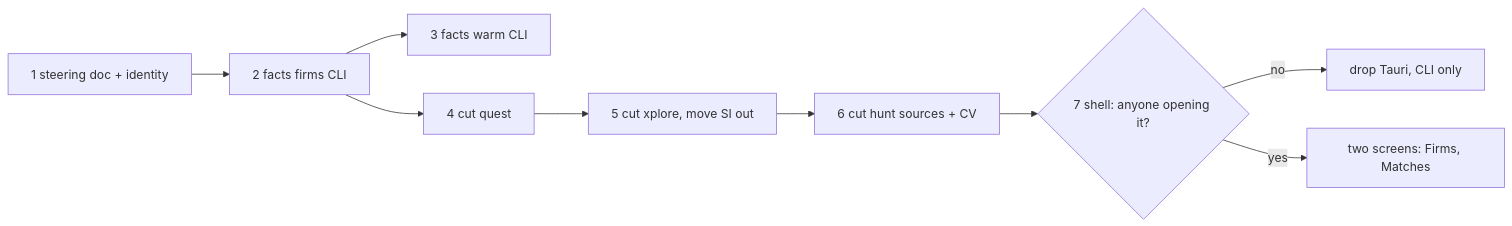
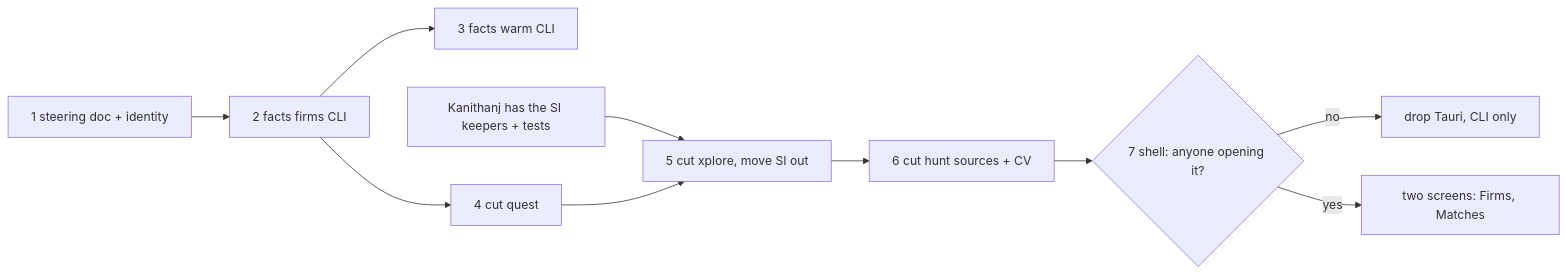
The fourth of 4 diagrams in docs/STEERING.md (p10ns11y/collab-finder), drawn with Mermaid before and after one commit. The commit also changed other lines of this file, not shown here.

Commit message:
docs(steering): keep collab-finder SI-free; SI keepers move to the private app first.

````diff
--- a/docs/STEERING.md
+++ b/docs/STEERING.md
@@ -75,10 +79,11 @@
 ```mermaid
 flowchart LR
   A[1 steering doc + identity] --> B[2 facts firms CLI] --> C[3 facts warm CLI]
   B --> D[4 cut quest]
+  K["Kanithanj has the SI keepers + tests"] --> E
   D --> E[5 cut xplore, move SI out]
   E --> F[6 cut hunt sources + CV]
   F --> G{7 shell: anyone opening it?}
   G -->|no| H[drop Tauri, CLI only]
   G -->|yes| I[two screens: Firms, Matches]
 ```
````
